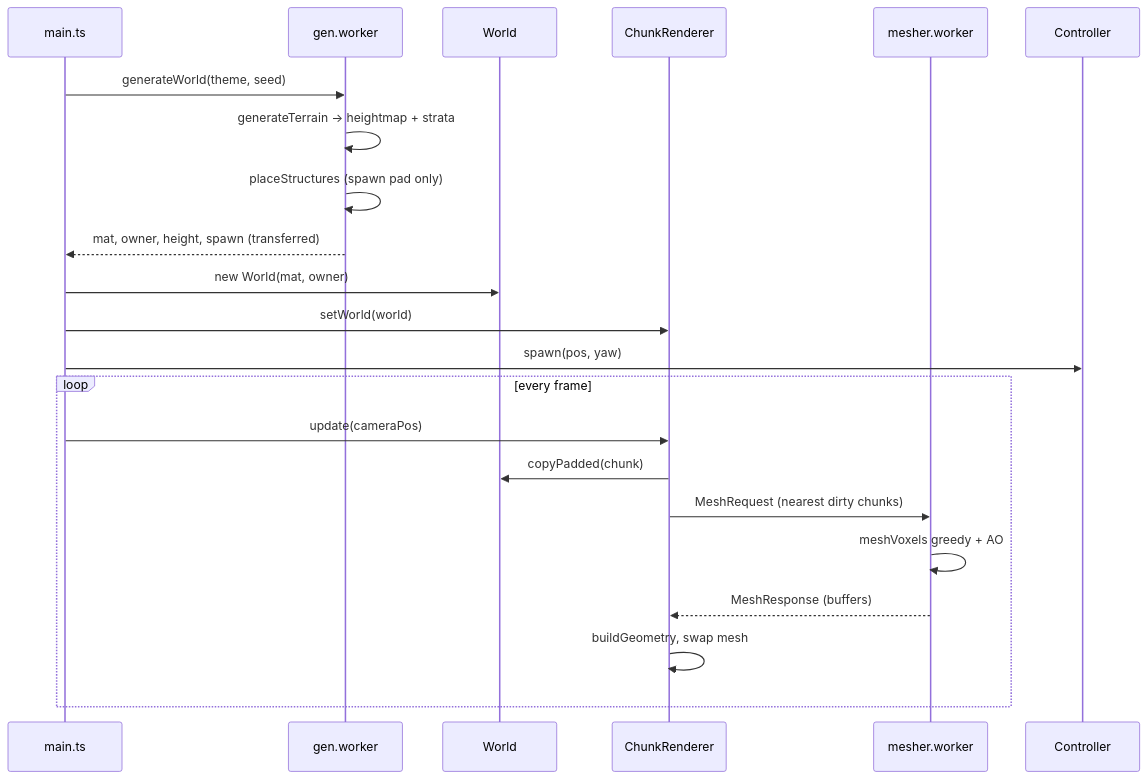
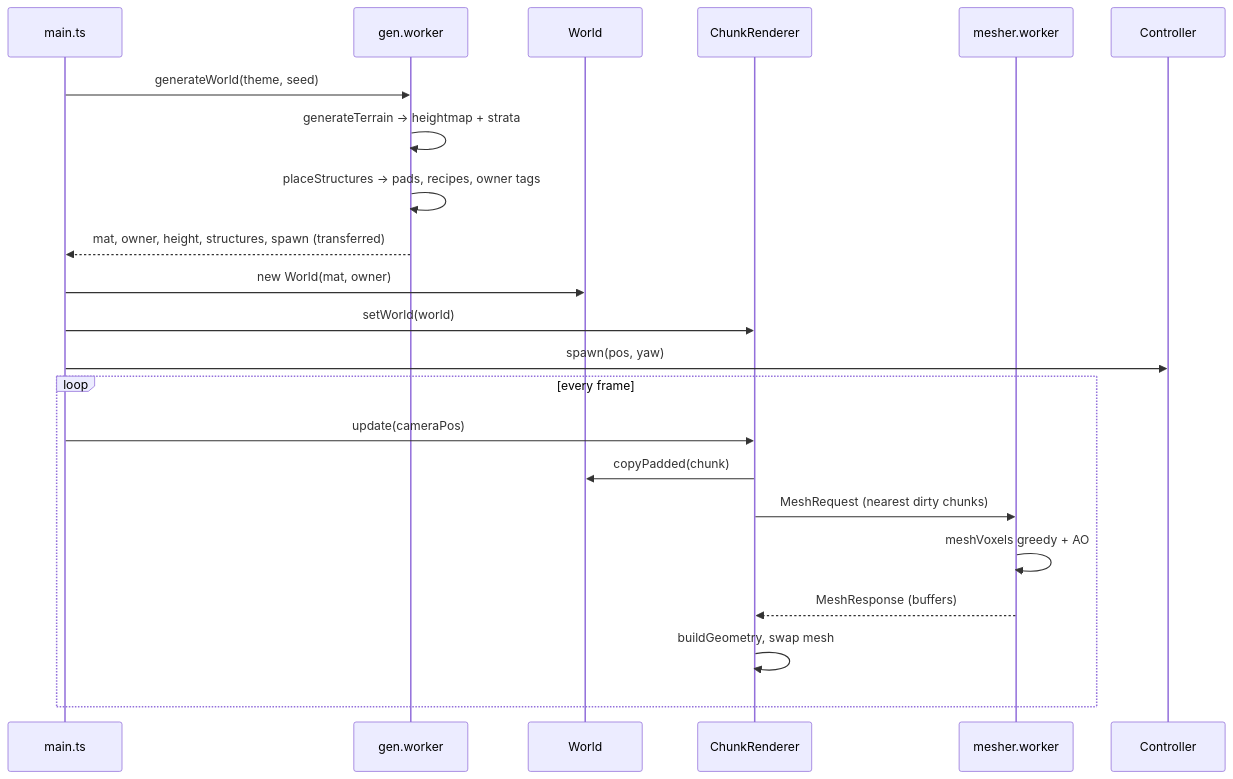
Before and after one commit to chesterbait88/Sandbox: the second of 10 diagrams in docs/DEVELOPER-TREE.md, drawn with Mermaid. The commit also changed other lines of this file and 16 other files, not shown here.

First line of the commit message:
phase 3: structures and scoring — StructureCtx, placer, 14 recipes, Score with combos, leveled bonus and milestones

````diff
--- a/docs/DEVELOPER-TREE.md
+++ b/docs/DEVELOPER-TREE.md
@@ -62,24 +64,24 @@
 ```mermaid
 sequenceDiagram
     participant M as main.ts
     participant G as gen.worker
     participant W as World
     participant C as ChunkRenderer
     participant K as mesher.worker
     participant P as Controller
     M->>G: generateWorld(theme, seed)
     G->>G: generateTerrain → heightmap + strata
-    G->>G: placeStructures (spawn pad only)
-    G-->>M: mat, owner, height, spawn (transferred)
+    G->>G: placeStructures → pads, recipes, owner tags
+    G-->>M: mat, owner, height, structures, spawn (transferred)
     M->>W: new World(mat, owner)
     M->>C: setWorld(world)
     M->>P: spawn(pos, yaw)
     loop every frame
         M->>C: update(cameraPos)
         C->>W: copyPadded(chunk)
         C->>K: MeshRequest (nearest dirty chunks)
         K->>K: meshVoxels greedy + AO
         K-->>C: MeshResponse (buffers)
         C->>C: buildGeometry, swap mesh
     end
 ```
````
